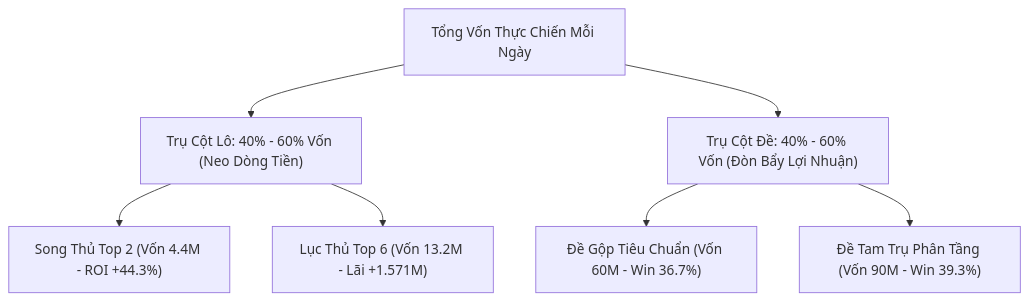
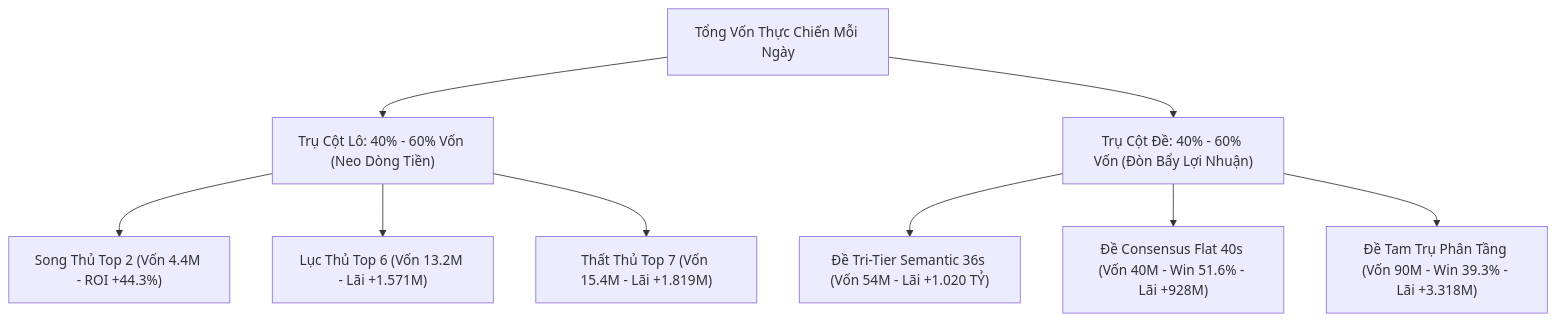
The diagram in .agents/skills/lottery-predictive-intelligence/references/COMPREHENSIVE_LOTTERY_METHODS_CATALOG.md (chungtvvn/lottery-vercel), drawn with Mermaid before and after one commit. The commit also changed other lines of this file and 8 other files, not shown here.

First line of the commit message:
feat(intelligence): upgrade predictive skills with tri-tier semantic resonance & co-affinity momentum

````diff
--- a/.agents/skills/lottery-predictive-intelligence/references/COMPREHENSIVE_LOTTERY_METHODS_CATALOG.md
+++ b/.agents/skills/lottery-predictive-intelligence/references/COMPREHENSIVE_LOTTERY_METHODS_CATALOG.md
@@ -121,11 +137,13 @@
 ```mermaid
 graph TD
     V["Tổng Vốn Thực Chiến Mỗi Ngày"] --> L["Trụ Cột Lô: 40% - 60% Vốn (Neo Dòng Tiền)"]
     V --> D["Trụ Cột Đề: 40% - 60% Vốn (Đòn Bẩy Lợi Nhuận)"]
     
     L --> L2["Song Thủ Top 2 (Vốn 4.4M - ROI +44.3%)"]
     L --> L6["Lục Thủ Top 6 (Vốn 13.2M - Lãi +1.571M)"]
+    L --> L7["Thất Thủ Top 7 (Vốn 15.4M - Lãi +1.819M)"]
     
-    D --> D1["Đề Gộp Tiêu Chuẩn (Vốn 60M - Win 36.7%)"]
-    D --> D3["Đề Tam Trụ Phân Tầng (Vốn 90M - Win 39.3%)"]
+    D --> D1["Đề Tri-Tier Semantic 36s (Vốn 54M - Lãi +1.020 TỶ)"]
+    D --> D2["Đề Consensus Flat 40s (Vốn 40M - Win 51.6% - Lãi +928M)"]
+    D --> D3["Đề Tam Trụ Phân Tầng (Vốn 90M - Win 39.3% - Lãi +3.318M)"]
 ```
````
